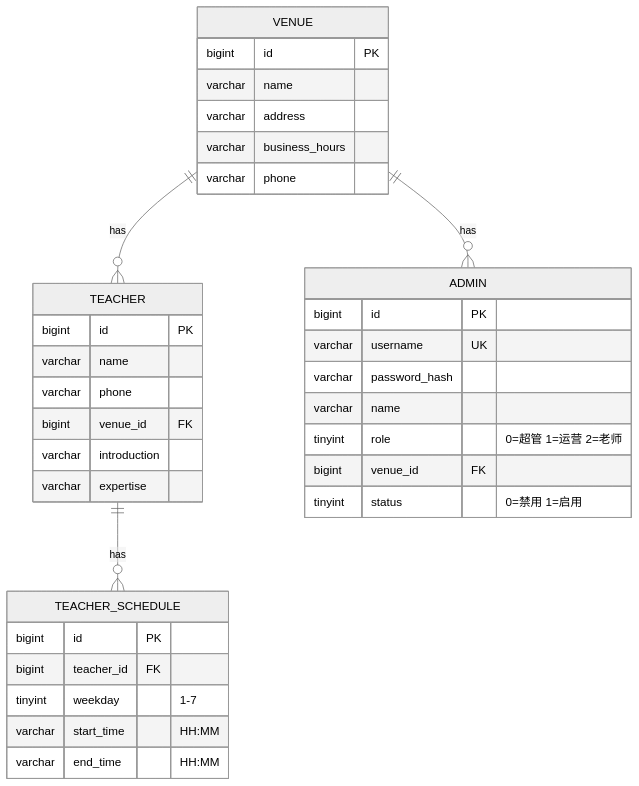
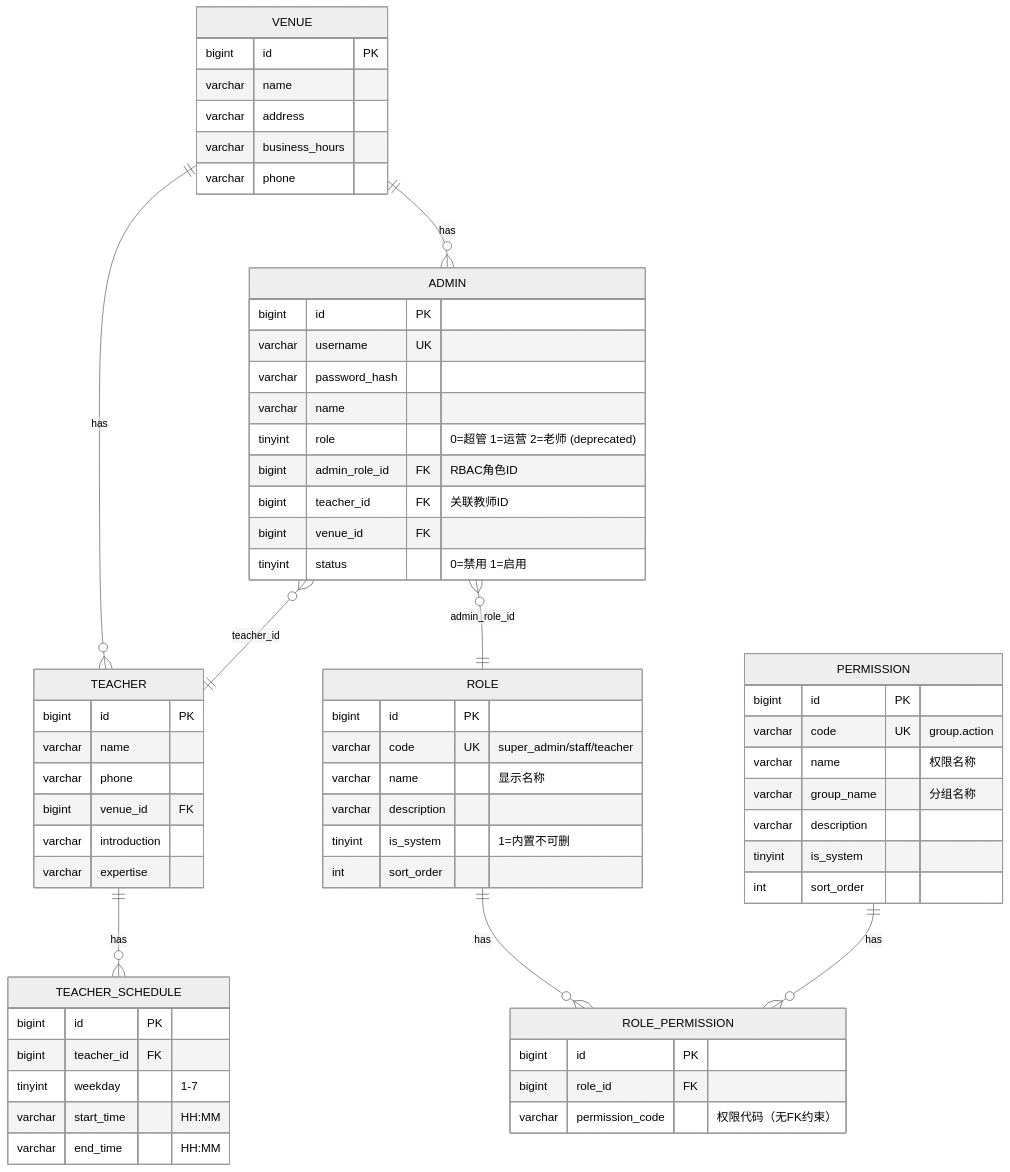
Before and after one commit to leechunwoo0815/librio: diagram 11 of 28 in PRD/UML-ER.md, drawn with Mermaid (neutral theme). The commit also changed other lines of this file and 564 other files, not shown here.

````diff
--- a/PRD/UML-ER.md
+++ b/PRD/UML-ER.md
@@ -176,41 +189,72 @@
 ```mermaid
 erDiagram
     VENUE {
         bigint id PK
         varchar name
         varchar address
         varchar business_hours
         varchar phone
     }
 
     TEACHER {
         bigint id PK
         varchar name
         varchar phone
         bigint venue_id FK
         varchar introduction
         varchar expertise
     }
 
     TEACHER_SCHEDULE {
         bigint id PK
         bigint teacher_id FK
         tinyint weekday "1-7"
         varchar start_time "HH:MM"
         varchar end_time "HH:MM"
     }
 
     ADMIN {
         bigint id PK
         varchar username UK
         varchar password_hash
         varchar name
-        tinyint role "0=超管 1=运营 2=老师"
+        tinyint role "0=超管 1=运营 2=老师 (deprecated)"
+        bigint admin_role_id FK "RBAC角色ID"
+        bigint teacher_id FK "关联教师ID"
         bigint venue_id FK
         tinyint status "0=禁用 1=启用"
+    }
+
+    ROLE {
+        bigint id PK
+        varchar code UK "super_admin/staff/teacher"
+        varchar name "显示名称"
+        varchar description
+        tinyint is_system "1=内置不可删"
+        int sort_order
+    }
+
+    PERMISSION {
+        bigint id PK
+        varchar code UK "group.action"
+        varchar name "权限名称"
+        varchar group_name "分组名称"
+        varchar description
+        tinyint is_system
+        int sort_order
+    }
+
+    ROLE_PERMISSION {
+        bigint id PK
+        bigint role_id FK
+        varchar permission_code "权限代码（无FK约束）"
     }
 
     VENUE ||--o{ TEACHER : "has"
     TEACHER ||--o{ TEACHER_SCHEDULE : "has"
     VENUE ||--o{ ADMIN : "has"
+    ROLE ||--o{ ROLE_PERMISSION : "has"
+    PERMISSION ||--o{ ROLE_PERMISSION : "has"
+    ADMIN }o--|| ROLE : "admin_role_id"
+    ADMIN }o--|| TEACHER : "teacher_id"
 ```
````
